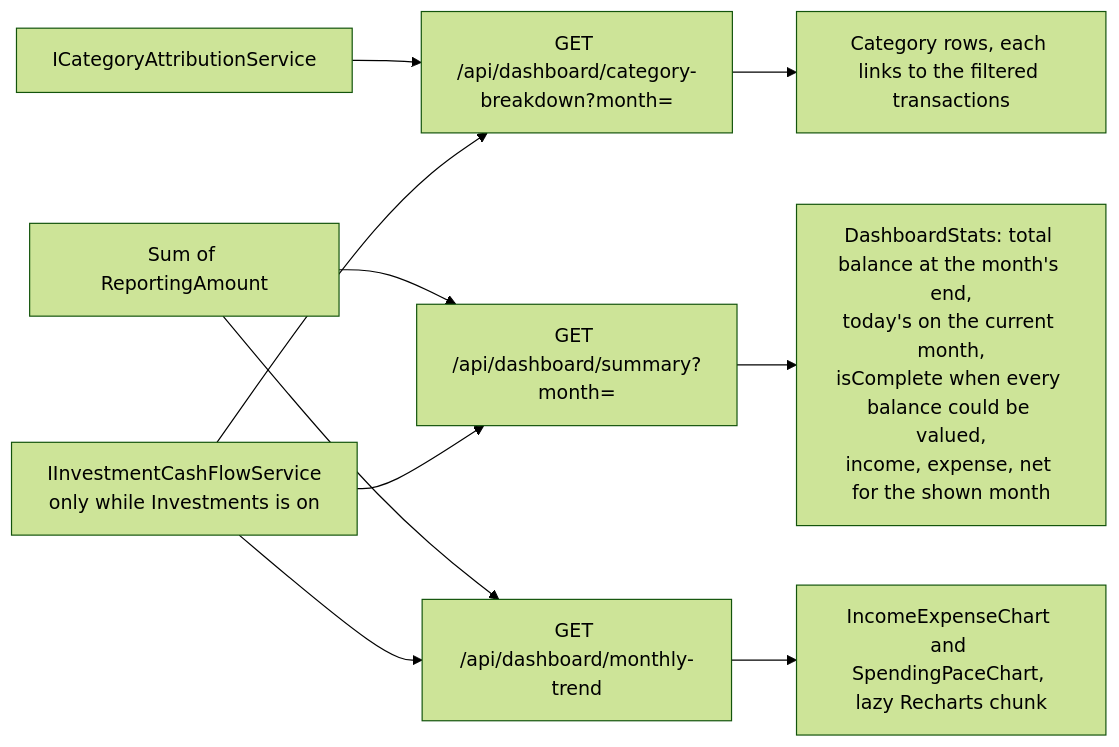
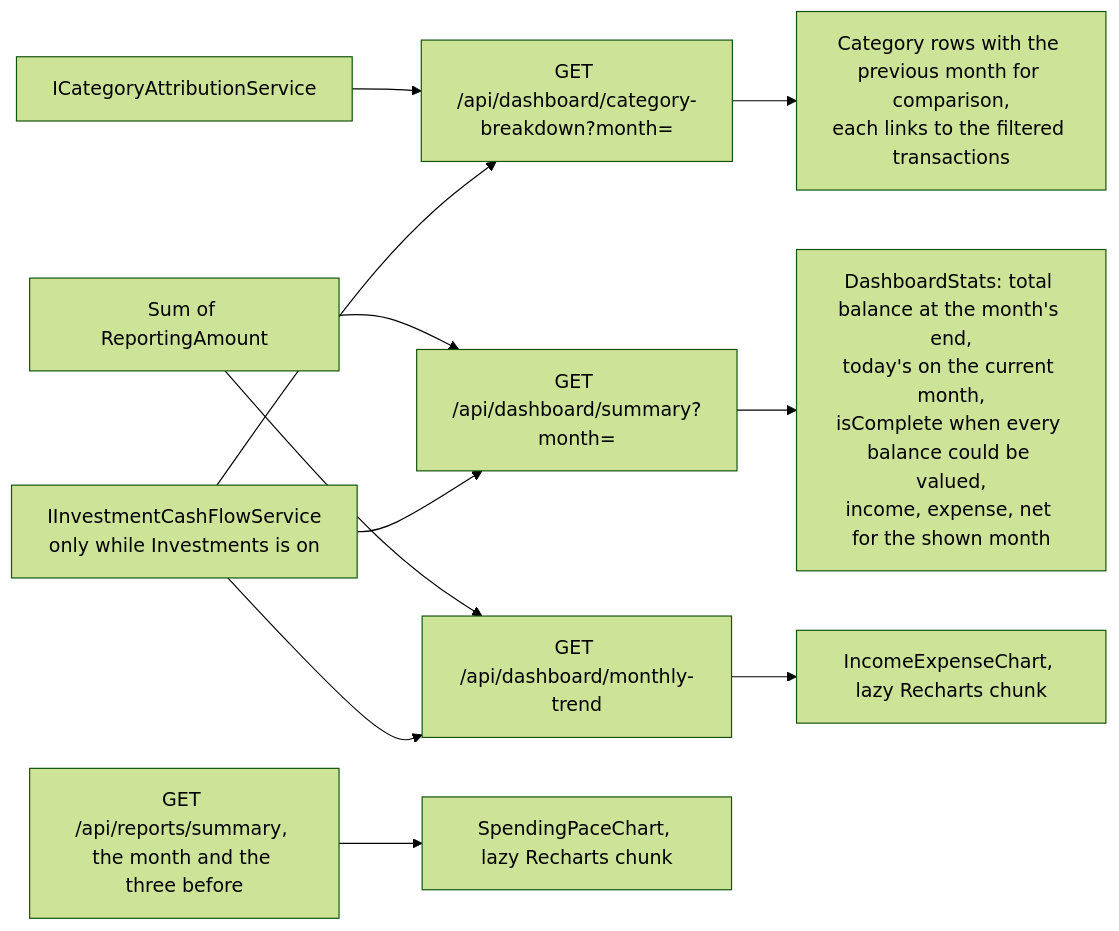
The first of 3 diagrams in docs/features/dashboard.md (Justxs/Jx-Finance), drawn with Mermaid (forest theme) before and after one commit. The commit also changed other lines of this file and 236 other files, not shown here.

````diff
--- a/docs/features/dashboard.md
+++ b/docs/features/dashboard.md
@@ -7,12 +7,13 @@
 ```mermaid
 flowchart LR
     S["GET /api/dashboard/summary?month="] --> Stats["DashboardStats: total balance at the month's end,<br/>today's on the current month,<br/>isComplete when every balance could be valued,<br/>income, expense, net for the shown month"]
-    C["GET /api/dashboard/category-breakdown?month="] --> Cats["Category rows, each links to the filtered transactions"]
-    T["GET /api/dashboard/monthly-trend"] --> Chart["IncomeExpenseChart and SpendingPaceChart, lazy Recharts chunk"]
+    C["GET /api/dashboard/category-breakdown?month="] --> Cats["Category rows with the previous month for comparison,<br/>each links to the filtered transactions"]
+    T["GET /api/dashboard/monthly-trend"] --> Chart["IncomeExpenseChart, lazy Recharts chunk"]
+    R["GET /api/reports/summary, the month and the three before"] --> Pace["SpendingPaceChart, lazy Recharts chunk"]
     Attr["ICategoryAttributionService"] --> C
     RA["Sum of ReportingAmount"] --> S
     RA --> T
     Inv["IInvestmentCashFlowService<br/>only while Investments is on"] --> S
     Inv --> T
     Inv --> C
 ```
````
